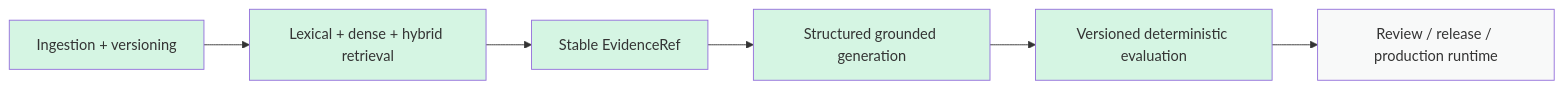
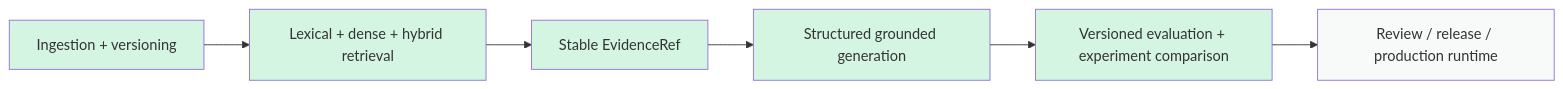
One commit to kumarchandansingh/tropos changed the diagram in docs/product/BUILD_HISTORY.md. Above: the diagram before and after it, drawn with Mermaid. The commit also changed other lines of this file and 12 other files, not shown here.

First line of the commit message:
eval: add baseline-candidate experiment runner and comparison (#82)

````diff
--- a/docs/product/BUILD_HISTORY.md
+++ b/docs/product/BUILD_HISTORY.md
@@ -98,16 +107,16 @@
 ```mermaid
 flowchart LR
     Ingest[Ingestion + versioning]
     --> Retrieve[Lexical + dense + hybrid retrieval]
     --> Evidence[Stable EvidenceRef]
     --> Generate[Structured grounded generation]
-    --> Evaluate[Versioned deterministic evaluation]
+    --> Evaluate[Versioned evaluation + experiment comparison]
     --> Future[Review / release / production runtime]
 
     style Ingest fill:#d5f5e3
     style Retrieve fill:#d5f5e3
     style Evidence fill:#d5f5e3
     style Generate fill:#d5f5e3
     style Evaluate fill:#d5f5e3
     style Future fill:#f8f9f9
 ```
````
